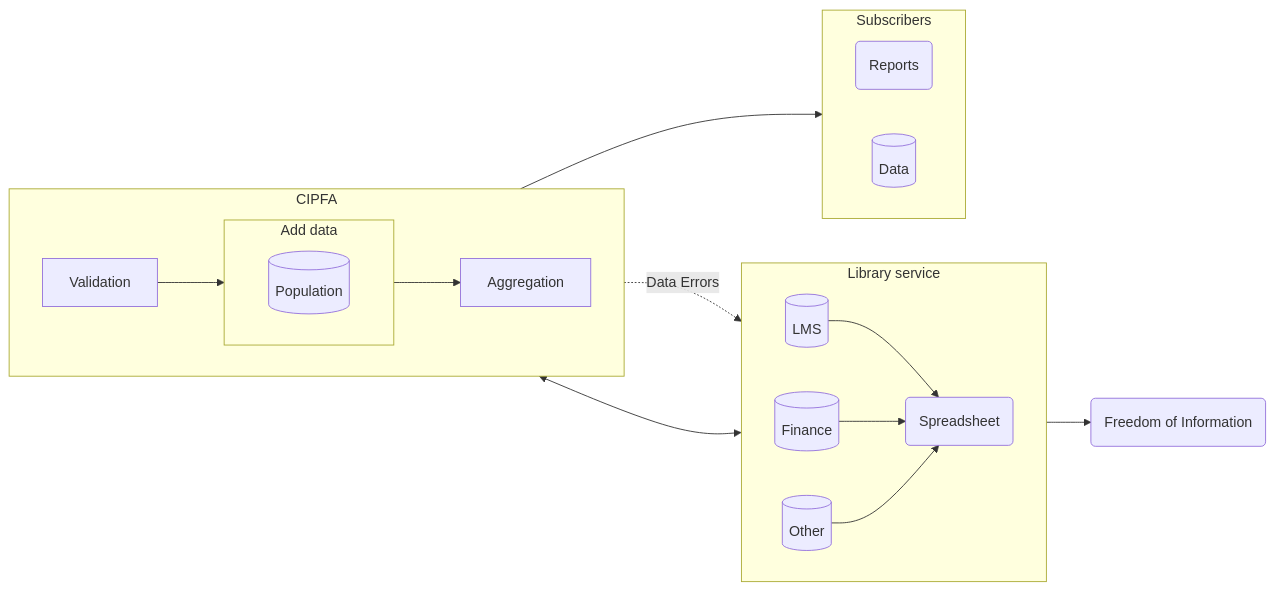
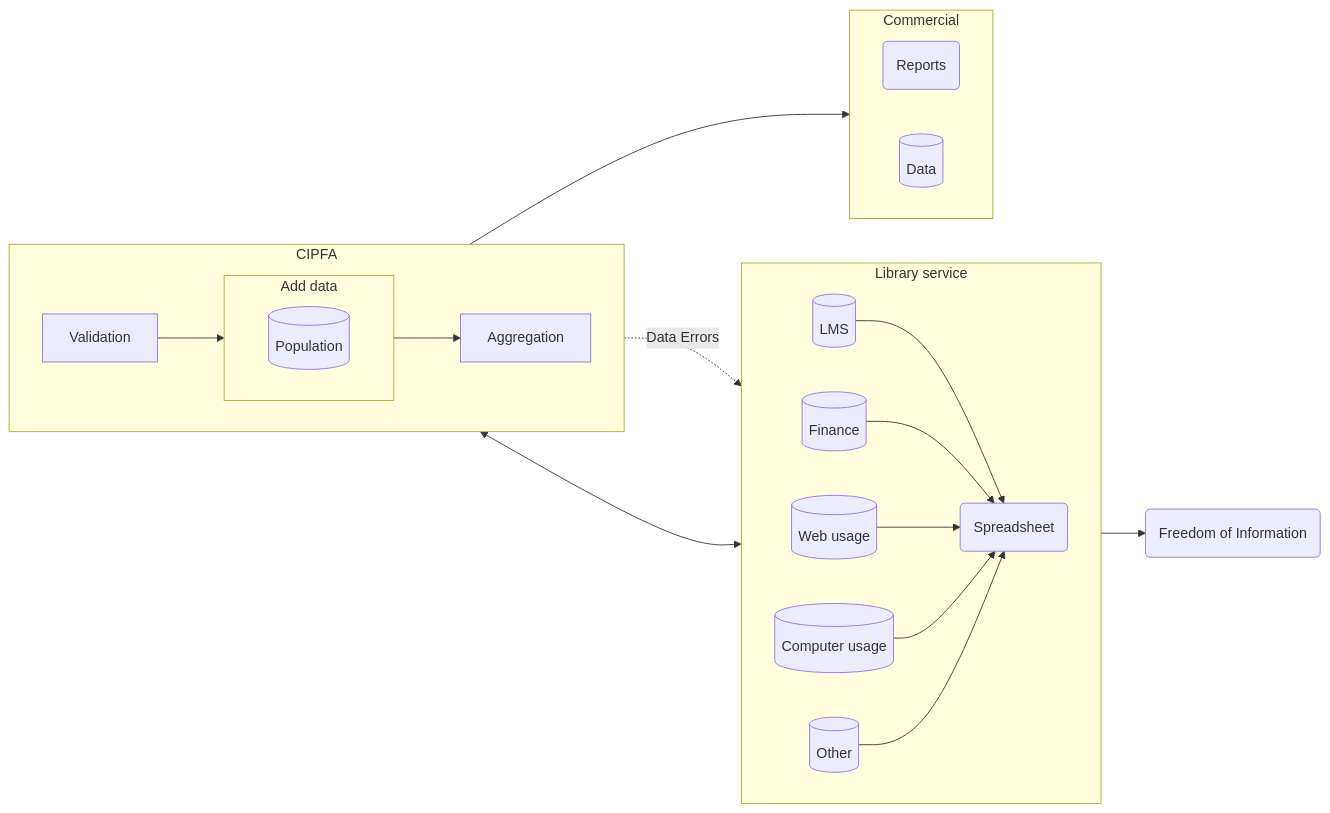
Before and after one commit to LibrariesHacked/librarieshacked.github.io: the diagram in _posts/2021-10-25-freedom-of-information.md, drawn with Mermaid. The commit also changed other lines of this file, not shown here.

Commit message:
Diagram updates

```diff
--- a/_posts/2021-10-25-freedom-of-information.md
+++ b/_posts/2021-10-25-freedom-of-information.md
@@ -23,34 +23,38 @@
 <div class="mermaid">
     flowchart LR
         foi(Freedom of Information)
         subgraph Library service
             direction LR
             lblms[(LMS)]
             lbf[(Finance)]
+            lbw[(Web usage)]
+            lbc[(Computer usage)]
             lbo[(Other)]
             lb1(Spreadsheet)
         end
         subgraph CIPFA
             direction LR
             id2[Validation]
             subgraph id3 [Add data]
                 direction LR
                 ad1[(Population)]
             end
             id4[Aggregation]
         end
-        subgraph cs [Subscribers]
+        subgraph cs [Commercial]
             direction LR
             srp(Reports)
             data[(Data)]
         end
         lblms --> lb1
         lbf --> lb1
+        lbw --> lb1
+        lbc --> lb1
         lbo --> lb1
         lb1 <--> id2
         id2 -. Data Errors .-> lb1
         id2 --> id3
         id3 --> id4
         id4 --> cs
         lb1 --> foi
 </div>
```
